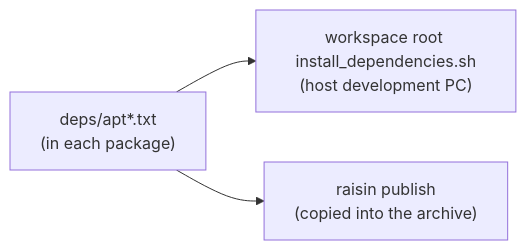
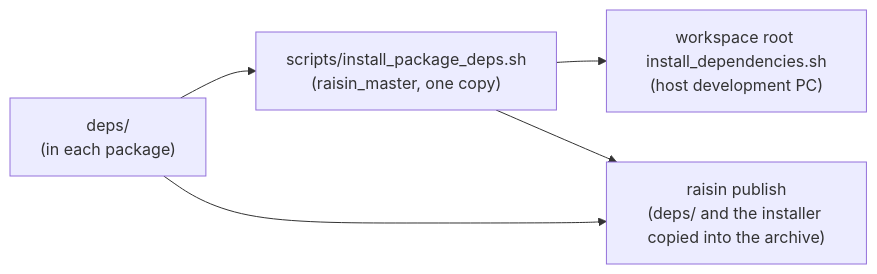
Before and after one commit to raionrobotics/raisin_master: the diagram in deps/README.md, drawn with Mermaid. The commit also changed other lines of this file, not shown here.

First line of the commit message:
docs: Describe deps/udev/ and the shared installer in deps/README.md

````diff
--- a/deps/README.md
+++ b/deps/README.md
@@ -7,5 +7,7 @@
 ```mermaid
 flowchart LR
-    deps["deps/apt*.txt<br/>(in each package)"] --> script["workspace root install_dependencies.sh<br/>(host development PC)"]
-    deps --> publish["raisin publish<br/>(copied into the archive)"]
+    deps["deps/<br/>(in each package)"] --> shared["scripts/install_package_deps.sh<br/>(raisin_master, one copy)"]
+    shared --> script["workspace root install_dependencies.sh<br/>(host development PC)"]
+    deps --> publish["raisin publish<br/>(deps/ and the installer copied into the archive)"]
+    shared --> publish
 ```
````
